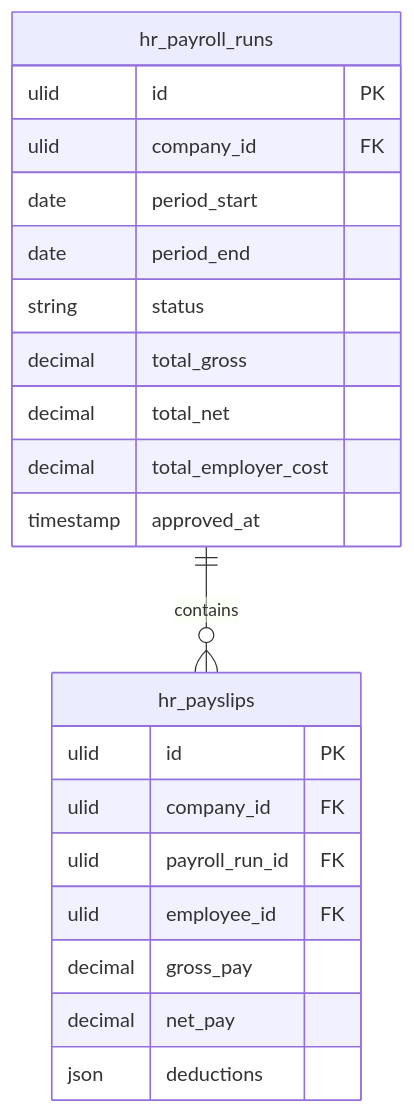
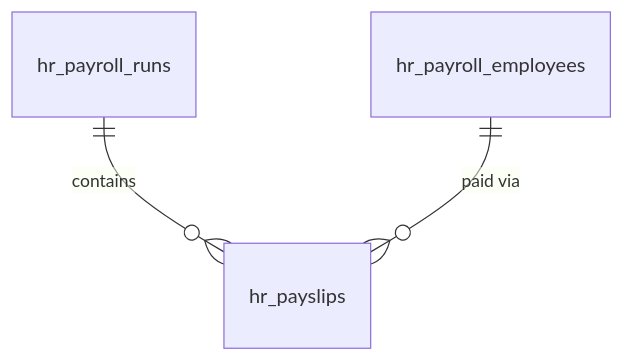
One commit to Max-Nijenkamp/FlowFlex changed the diagram in vault/domains/hr/payroll.md. Above: the diagram before and after it, drawn with Mermaid. The commit also changed other lines of this file and 16 other files, not shown here.

````diff
--- a/vault/domains/hr/payroll.md
+++ b/vault/domains/hr/payroll.md
@@ -37,24 +104,5 @@
 ```mermaid
 erDiagram
-    hr_payroll_runs {
-        ulid id PK
-        ulid company_id FK
-        date period_start
-        date period_end
-        string status
-        decimal total_gross
-        decimal total_net
-        decimal total_employer_cost
-        timestamp approved_at
-    }
-    hr_payslips {
-        ulid id PK
-        ulid company_id FK
-        ulid payroll_run_id FK
-        ulid employee_id FK
-        decimal gross_pay
-        decimal net_pay
-        json deductions
-    }
     hr_payroll_runs ||--o{ hr_payslips : "contains"
+    hr_payroll_employees ||--o{ hr_payslips : "paid via"
 ```
````
